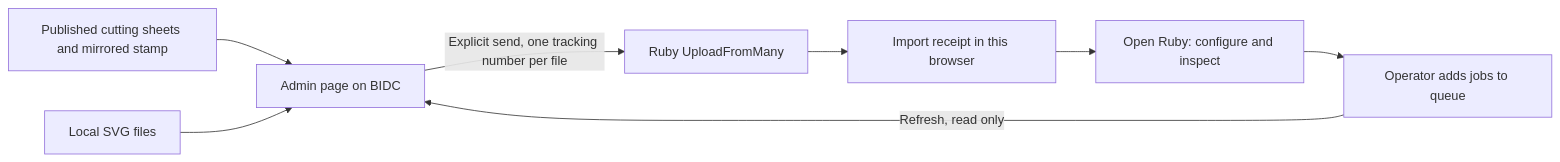
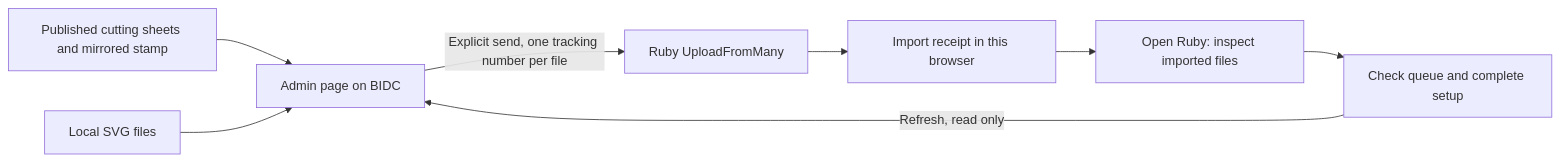
Before and after one commit to purduehackers/badges: the diagram in docs/ruby.md, drawn with Mermaid. The commit also changed other lines of this file and 2 other files, not shown here.

Commit message:
Fix Ruby uploads by selecting badge and stamp import profiles (#23)

````diff
--- a/docs/ruby.md
+++ b/docs/ruby.md
@@ -15,10 +15,10 @@
 ```mermaid
 flowchart LR
   A[Published cutting sheets and mirrored stamp] --> B[Admin page on BIDC]
   L[Local SVG files] --> B
   B -->|Explicit send, one tracking number per file| C[Ruby UploadFromMany]
   C --> D[Import receipt in this browser]
-  D --> E[Open Ruby: configure and inspect]
-  E --> F[Operator adds jobs to queue]
+  D --> E[Open Ruby: inspect imported files]
+  E --> F[Check queue and complete setup]
   F -->|Refresh, read only| B
 ```
````
